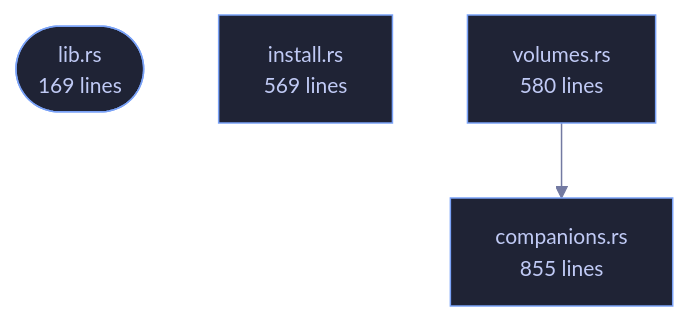
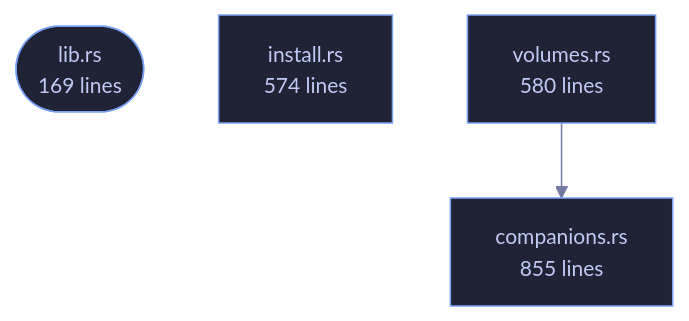
Before and after one commit to tilas01/veilvoice: the diagram in crates/veilvoice-setup/README.md, drawn with Mermaid. The commit also changed other lines of this file and 60 other files, not shown here.

````diff
--- a/crates/veilvoice-setup/README.md
+++ b/crates/veilvoice-setup/README.md
@@ -103,13 +103,13 @@
 ```mermaid
 %%{init: {"theme":"base","themeVariables":{"background":"#1a1b26","primaryColor":"#1f2335","primaryTextColor":"#c0caf5","primaryBorderColor":"#7aa2f7","secondaryColor":"#16161e","tertiaryColor":"#16161e","lineColor":"#737aa2","textColor":"#c0caf5","mainBkg":"#1f2335","nodeBorder":"#7aa2f7","clusterBkg":"#16161e","clusterBorder":"#2f3549","fontFamily":"ui-monospace, SFMono-Regular, Consolas, monospace","fontSize":"14px"}}}%%
 flowchart TD
     n_lib(["lib.rs<br/>169 lines"])
     n_companions["companions.rs<br/>855 lines"]
-    n_install["install.rs<br/>569 lines"]
+    n_install["install.rs<br/>574 lines"]
     n_volumes["volumes.rs<br/>580 lines"]
     n_volumes --> n_companions
     click n_lib href "https://github.com/tilas01/veilvoice/blob/main/crates/veilvoice-setup/src/lib.rs" "open the source"
     click n_companions href "https://github.com/tilas01/veilvoice/blob/main/crates/veilvoice-setup/src/companions.rs" "open the source"
     click n_install href "https://github.com/tilas01/veilvoice/blob/main/crates/veilvoice-setup/src/install.rs" "open the source"
     click n_volumes href "https://github.com/tilas01/veilvoice/blob/main/crates/veilvoice-setup/src/volumes.rs" "open the source"
 ```
````
